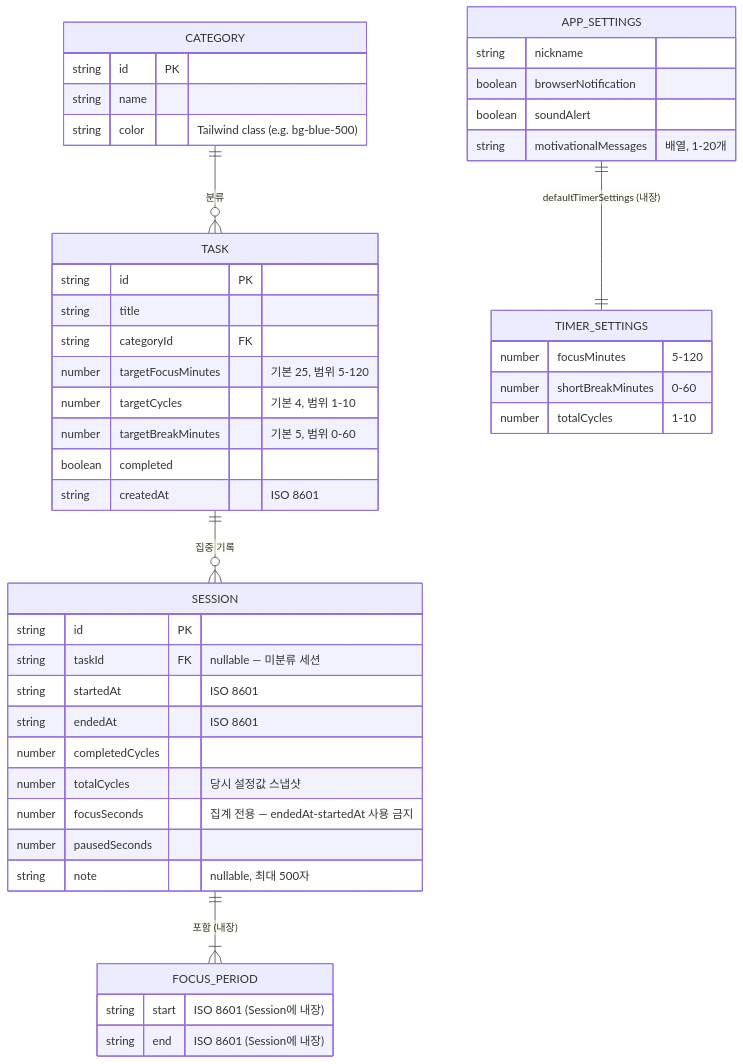
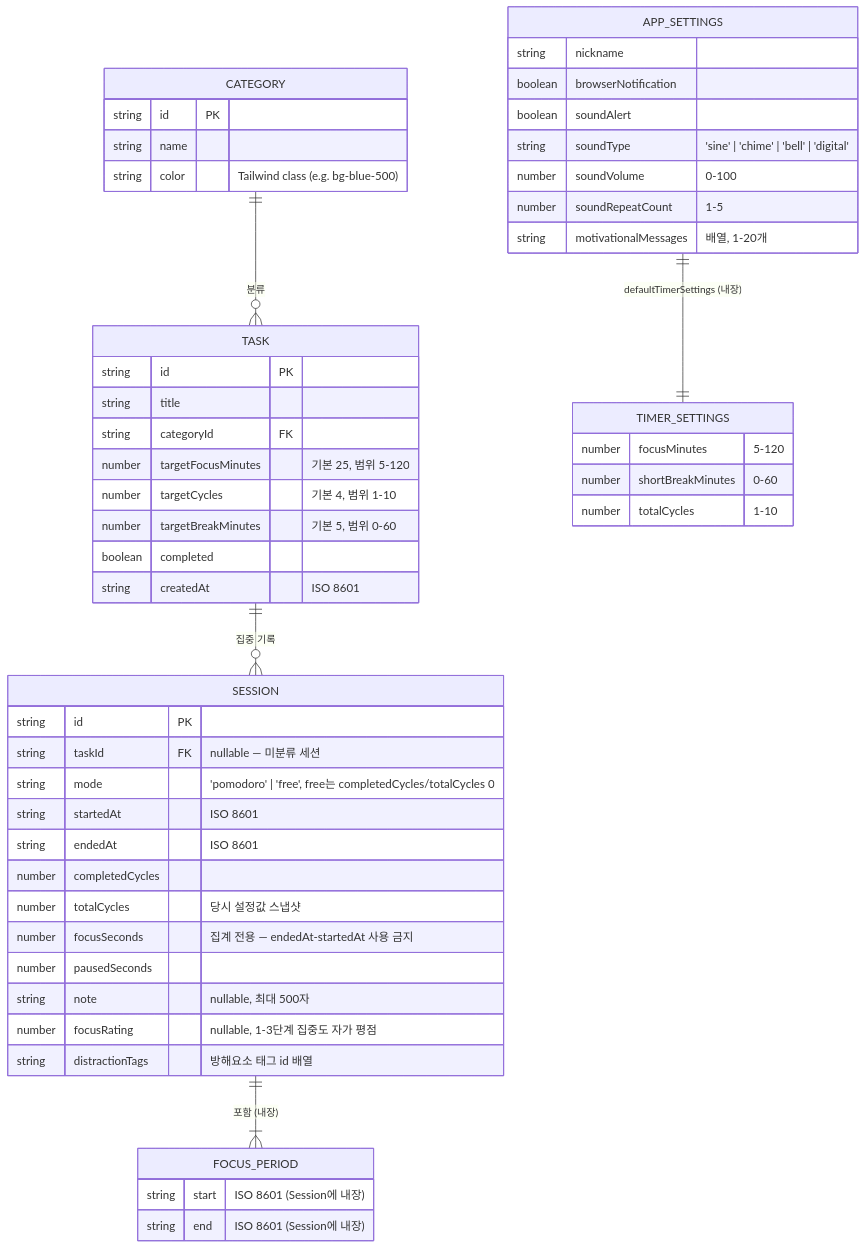
One commit to aaaz425/pomodash changed the diagram in docs/specs/ERD.md. Above: the diagram before and after it, drawn with Mermaid. The commit also changed other lines of this file and 8 other files, not shown here.

````diff
--- a/docs/specs/ERD.md
+++ b/docs/specs/ERD.md
@@ -16,54 +16,60 @@
 ```mermaid
 erDiagram
     CATEGORY {
         string id PK
         string name
         string color "Tailwind class (e.g. bg-blue-500)"
     }
 
     TASK {
         string id PK
         string title
         string categoryId FK
         number targetFocusMinutes "기본 25, 범위 5-120"
         number targetCycles "기본 4, 범위 1-10"
         number targetBreakMinutes "기본 5, 범위 0-60"
         boolean completed
         string createdAt "ISO 8601"
     }
 
     SESSION {
         string id PK
         string taskId FK "nullable — 미분류 세션"
+        string mode "'pomodoro' | 'free', free는 completedCycles/totalCycles 0"
         string startedAt "ISO 8601"
         string endedAt "ISO 8601"
         number completedCycles
         number totalCycles "당시 설정값 스냅샷"
         number focusSeconds "집계 전용 — endedAt-startedAt 사용 금지"
         number pausedSeconds
         string note "nullable, 최대 500자"
+        number focusRating "nullable, 1-3단계 집중도 자가 평점"
+        string distractionTags "방해요소 태그 id 배열"
     }
 
     FOCUS_PERIOD {
         string start "ISO 8601 (Session에 내장)"
         string end "ISO 8601 (Session에 내장)"
     }
 
     TIMER_SETTINGS {
         number focusMinutes "5-120"
         number shortBreakMinutes "0-60"
         number totalCycles "1-10"
     }
 
     APP_SETTINGS {
         string nickname
         boolean browserNotification
         boolean soundAlert
+        string soundType "'sine' | 'chime' | 'bell' | 'digital'"
+        number soundVolume "0-100"
+        number soundRepeatCount "1-5"
         string motivationalMessages "배열, 1-20개"
     }
 
     CATEGORY ||--o{ TASK : "분류"
     TASK ||--o{ SESSION : "집중 기록"
     SESSION ||--|{ FOCUS_PERIOD : "포함 (내장)"
     APP_SETTINGS ||--|| TIMER_SETTINGS : "defaultTimerSettings (내장)"
 ```
````
